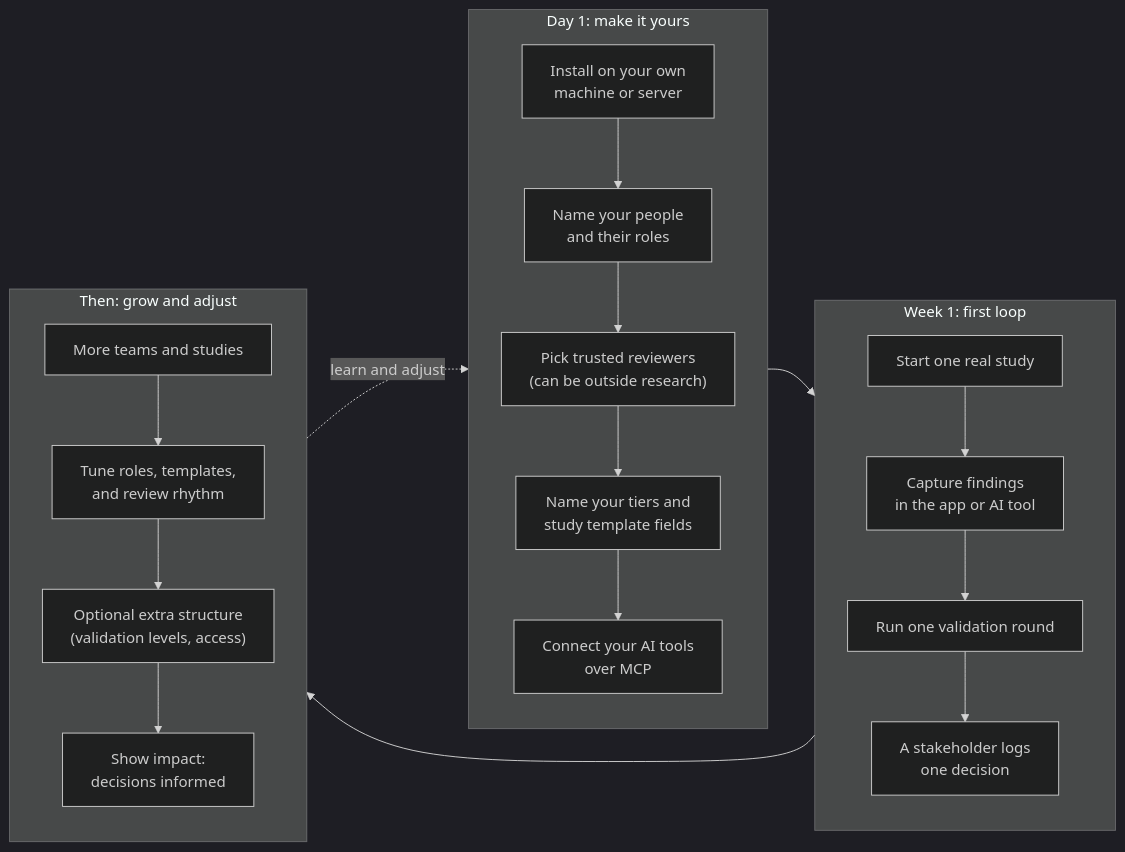
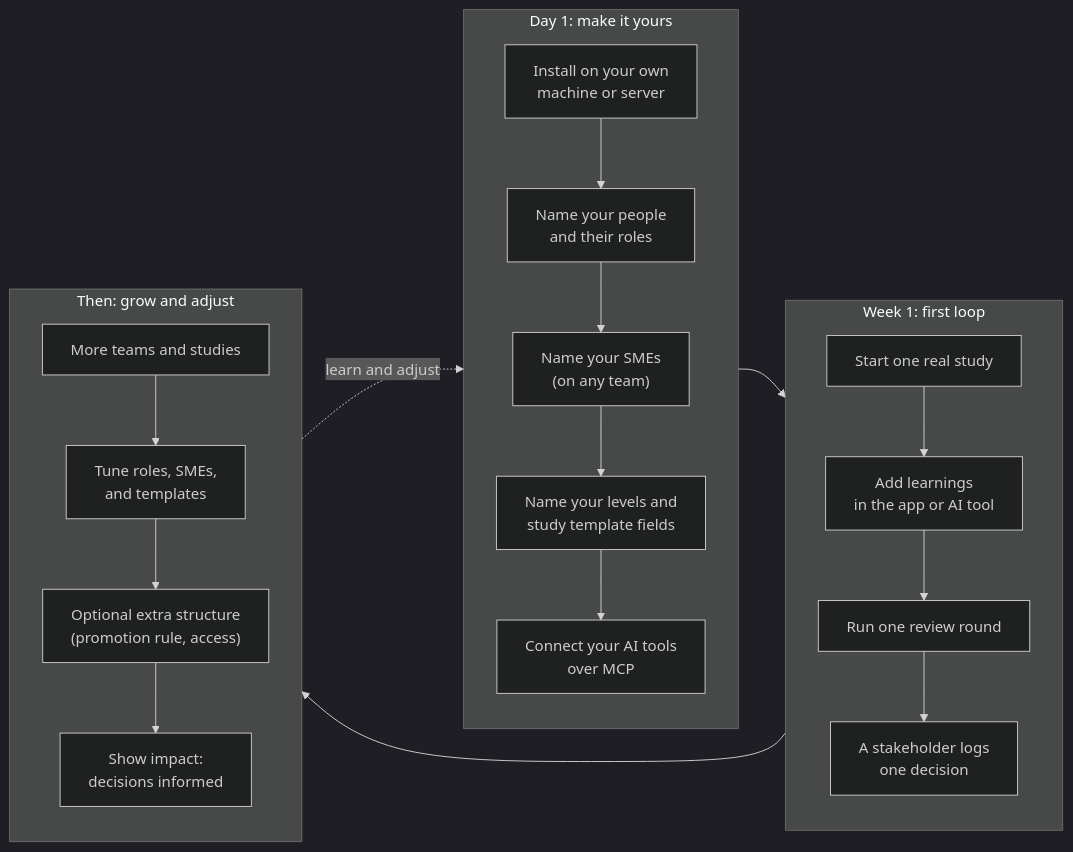
The fourth of 4 diagrams in docs/FLOW.md (mitchh14/amped-insights), drawn with Mermaid (dark theme) before and after one commit. The commit also changed other lines of this file and 7 other files, not shown here.

````diff
--- a/docs/FLOW.md
+++ b/docs/FLOW.md
@@ -149,33 +136,33 @@
 ```mermaid
 flowchart LR
     subgraph Setup["Day 1: make it yours"]
         direction TB
         A1["Install on your own<br/>machine or server"]
         A2["Name your people<br/>and their roles"]
-        A3["Pick trusted reviewers<br/>(can be outside research)"]
-        A4["Name your tiers and<br/>study template fields"]
+        A3["Name your SMEs<br/>(on any team)"]
+        A4["Name your levels and<br/>study template fields"]
         A5["Connect your AI tools<br/>over MCP"]
         A1 --> A2 --> A3 --> A4 --> A5
     end
 
     subgraph Week1["Week 1: first loop"]
         direction TB
         B1["Start one real study"]
-        B2["Capture findings<br/>in the app or AI tool"]
-        B3["Run one validation round"]
+        B2["Add learnings<br/>in the app or AI tool"]
+        B3["Run one review round"]
         B4["A stakeholder logs<br/>one decision"]
         B1 --> B2 --> B3 --> B4
     end
 
     subgraph Grow["Then: grow and adjust"]
         direction TB
         C1["More teams and studies"]
-        C2["Tune roles, templates,<br/>and review rhythm"]
-        C3["Optional extra structure<br/>(validation levels, access)"]
+        C2["Tune roles, SMEs,<br/>and templates"]
+        C3["Optional extra structure<br/>(promotion rule, access)"]
         C4["Show impact:<br/>decisions informed"]
         C1 --> C2 --> C3 --> C4
     end
 
     Setup --> Week1 --> Grow
     Grow -. "learn and adjust" .-> Setup
 ```
````
